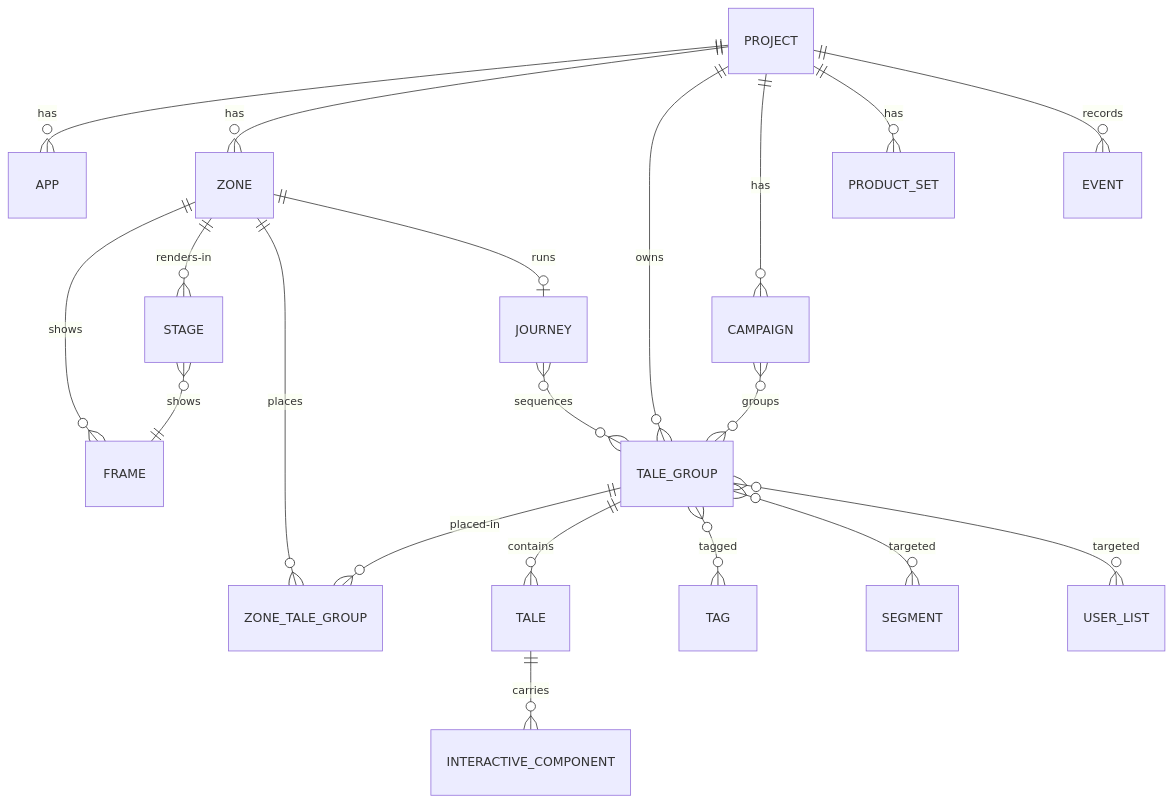
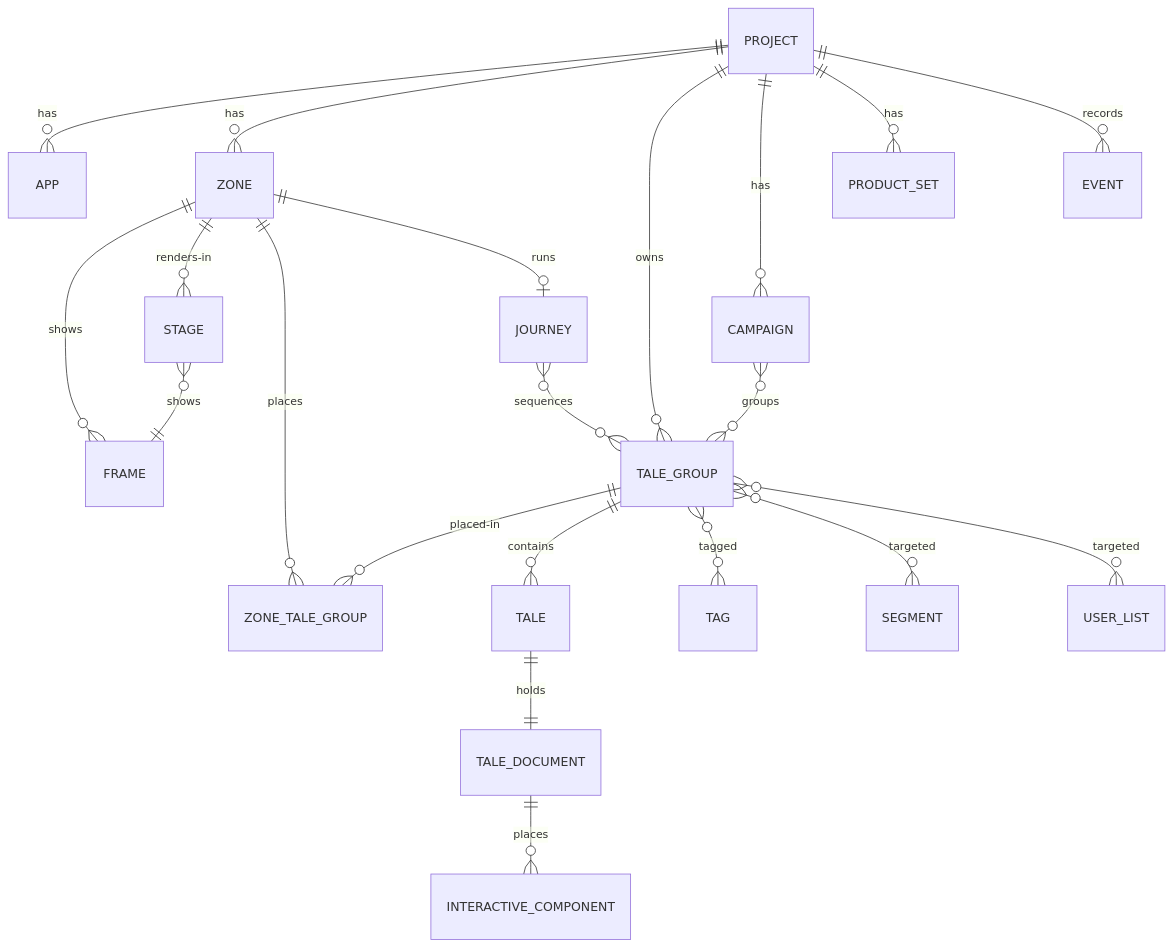
Before and after one commit to ido-lempert/Taleart: the third of 3 diagrams in _bmad-output/initiative-taleart/architecture-taleart/architecture-taleart.md, drawn with Mermaid. The commit also changed other lines of this file and 8 other files, not shown here.

````diff
--- a/_bmad-output/initiative-taleart/architecture-taleart/architecture-taleart.md
+++ b/_bmad-output/initiative-taleart/architecture-taleart/architecture-taleart.md
@@ -185,22 +234,23 @@
 ```mermaid
 erDiagram
   PROJECT ||--o{ APP : has
   PROJECT ||--o{ ZONE : has
   ZONE ||--o{ FRAME : shows
   ZONE ||--o{ STAGE : renders-in
   STAGE }o--|| FRAME : shows
   PROJECT ||--o{ TALE_GROUP : owns
   ZONE ||--o{ ZONE_TALE_GROUP : places
   TALE_GROUP ||--o{ ZONE_TALE_GROUP : placed-in
   TALE_GROUP ||--o{ TALE : contains
-  TALE ||--o{ INTERACTIVE_COMPONENT : carries
+  TALE ||--|| TALE_DOCUMENT : holds
+  TALE_DOCUMENT ||--o{ INTERACTIVE_COMPONENT : places
   TALE_GROUP }o--o{ TAG : tagged
   TALE_GROUP }o--o{ SEGMENT : targeted
   TALE_GROUP }o--o{ USER_LIST : targeted
   PROJECT ||--o{ CAMPAIGN : has
   CAMPAIGN }o--o{ TALE_GROUP : groups
   ZONE ||--o| JOURNEY : runs
   JOURNEY }o--o{ TALE_GROUP : sequences
   PROJECT ||--o{ PRODUCT_SET : has
   PROJECT ||--o{ EVENT : records
 ```
````
